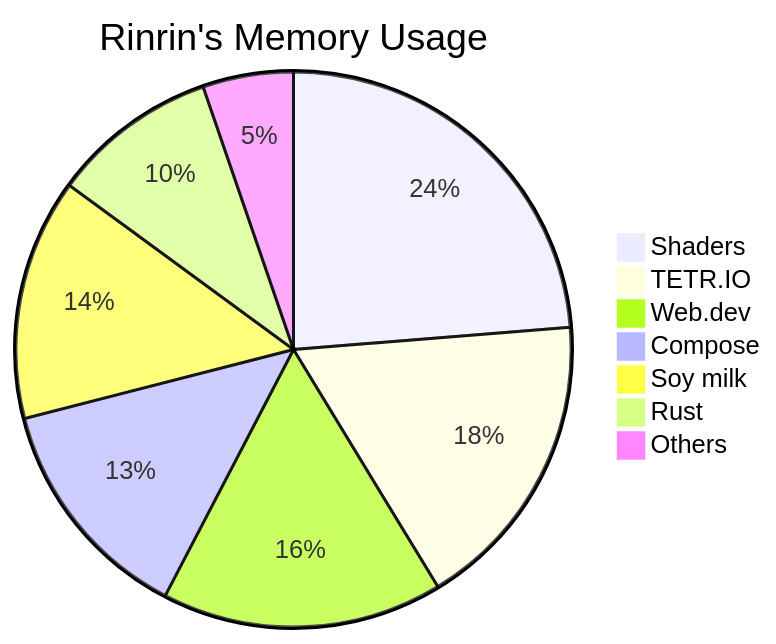
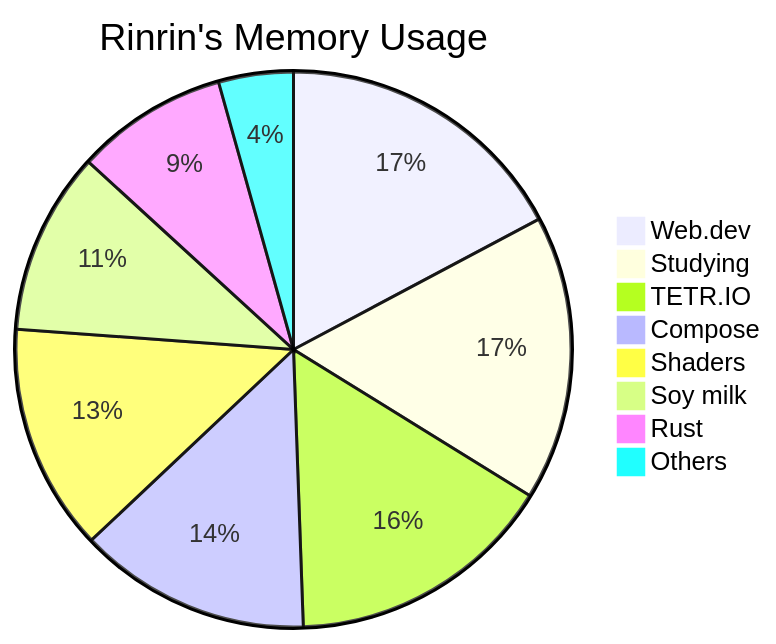
One commit to Rinrin0413/Rinrin0413 changed the diagram in README.md. Above: the diagram before and after it, drawn with Mermaid.

Commit message:
🐸 Update: Rinrin's Memory Usage

````diff
--- a/README.md
+++ b/README.md
@@ -75,10 +75,11 @@
 ```mermaid
 pie title Rinrin's Memory Usage
-    "Shaders": 135
-    "TETR.IO": 100
-    "Web.dev": 93
-    "Compose": 76
-    "Soy milk": 80
+    "Web.dev": 107
+    "Studying": 103
+    "TETR.IO": 97
+    "Compose": 84
+    "Shaders": 82
+    "Soy milk": 66
     "Rust": 55
-    "Others": 30
+    "Others": 27
 ```
````
